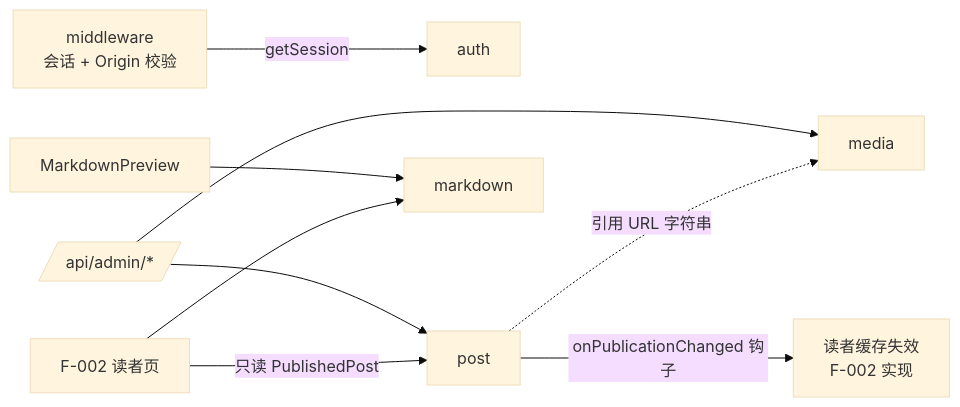
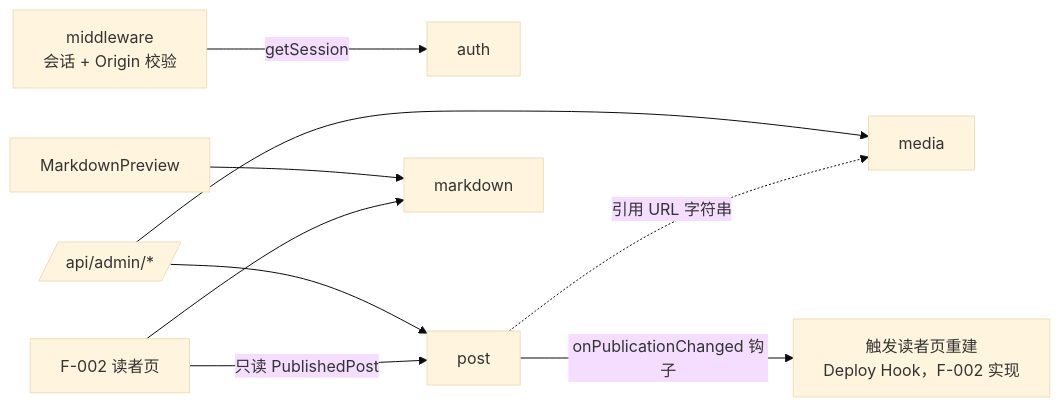
One commit to miraclehifi/miracleHalcyon changed the second of 2 diagrams in specs/engineering/features/F-001-文章写作/architecture/feature-architecture.md. Above: the diagram before and after it, drawn with Mermaid (base theme). The commit also changed other lines of this file and 18 other files, not shown here.

````diff
--- a/specs/engineering/features/F-001-文章写作/architecture/feature-architecture.md
+++ b/specs/engineering/features/F-001-文章写作/architecture/feature-architecture.md
@@ -61,11 +61,11 @@
 ```mermaid
 graph LR
     MW[middleware<br/>会话 + Origin 校验] -->|getSession| auth
     API[/api/admin/*/] --> post
     API --> media
     post -.引用 URL 字符串.-> media
-    post -->|onPublicationChanged 钩子| Cache[读者缓存失效<br/>F-002 实现]
+    post -->|onPublicationChanged 钩子| Rebuild[触发读者页重建<br/>Deploy Hook，F-002 实现]
     Preview[MarkdownPreview] --> markdown
     ReaderF002[F-002 读者页] --> markdown
     ReaderF002 -->|只读 PublishedPost| post
 ```
````
